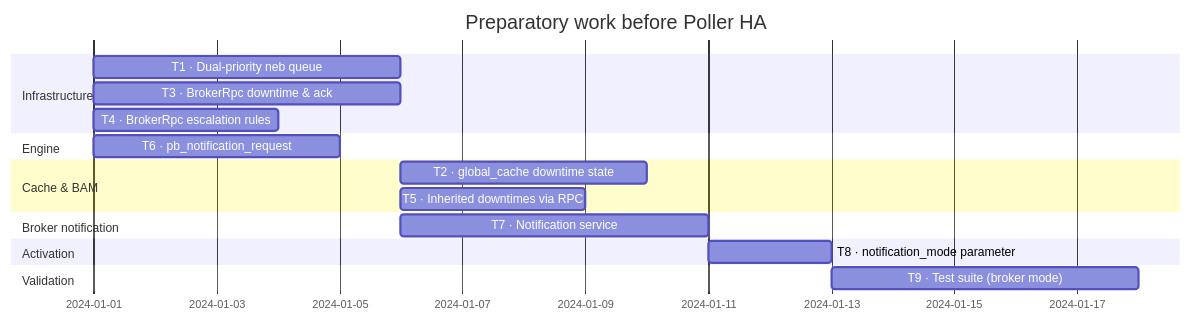
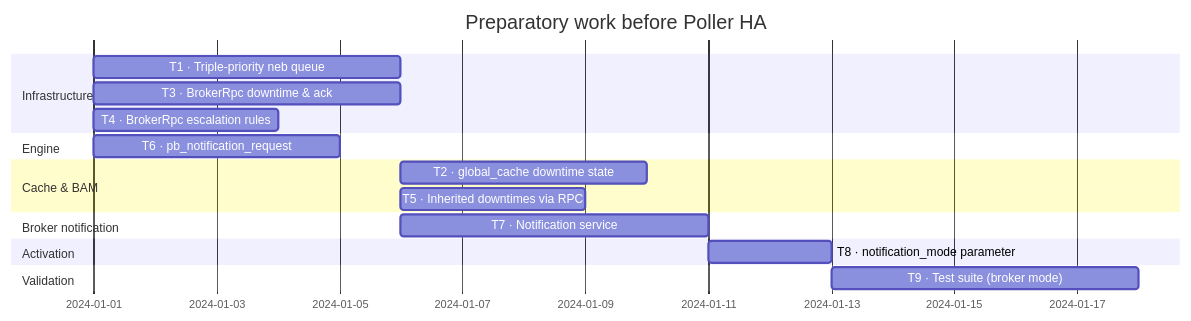
One commit to centreon/centreon-collect changed diagram 33 of 35 in broker/doc/nego-engine-broker-en.md. Above: the diagram before and after it, drawn with Mermaid. The commit also changed other lines of this file and 1 other file, not shown here.

Commit message:
chore(doc): events queue improvement

````diff
--- a/broker/doc/nego-engine-broker-en.md
+++ b/broker/doc/nego-engine-broker-en.md
@@ -2460,26 +2460,26 @@
 ```mermaid
 gantt
     title Preparatory work before Poller HA
     dateFormat  YYYY-MM-DD
 
     section Infrastructure
-    T1 · Dual-priority neb queue          :t1, 2024-01-01, 5d
+    T1 · Triple-priority neb queue         :t1, 2024-01-01, 5d
     T3 · BrokerRpc downtime & ack         :t3, 2024-01-01, 5d
     T4 · BrokerRpc escalation rules       :t4, 2024-01-01, 3d
 
     section Engine
     T6 · pb_notification_request          :t6, 2024-01-01, 4d
 
     section Cache & BAM
     T2 · global_cache downtime state      :t2, after t1 t3, 4d
     T5 · Inherited downtimes via RPC      :t5, after t3, 3d
 
     section Broker notification
     T7 · Notification service             :t7, after t3 t4, 5d
 
     section Activation
     T8 · notification_mode parameter      :t8, after t6 t7, 2d
 
     section Validation
     T9 · Test suite (broker mode)         :t9, after t8 t2 t5, 5d
 ```
````
